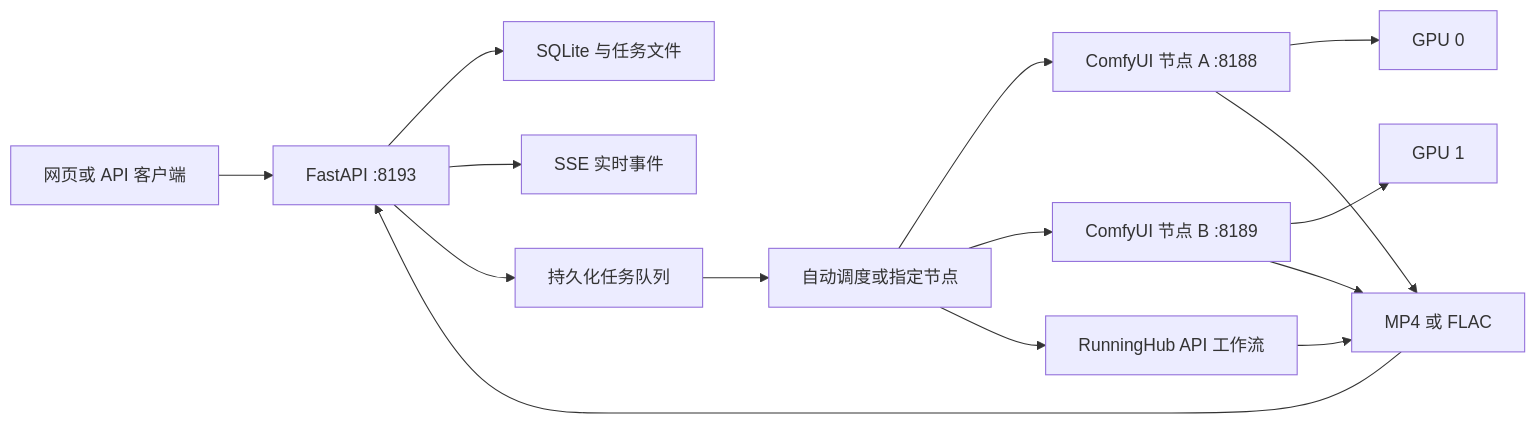
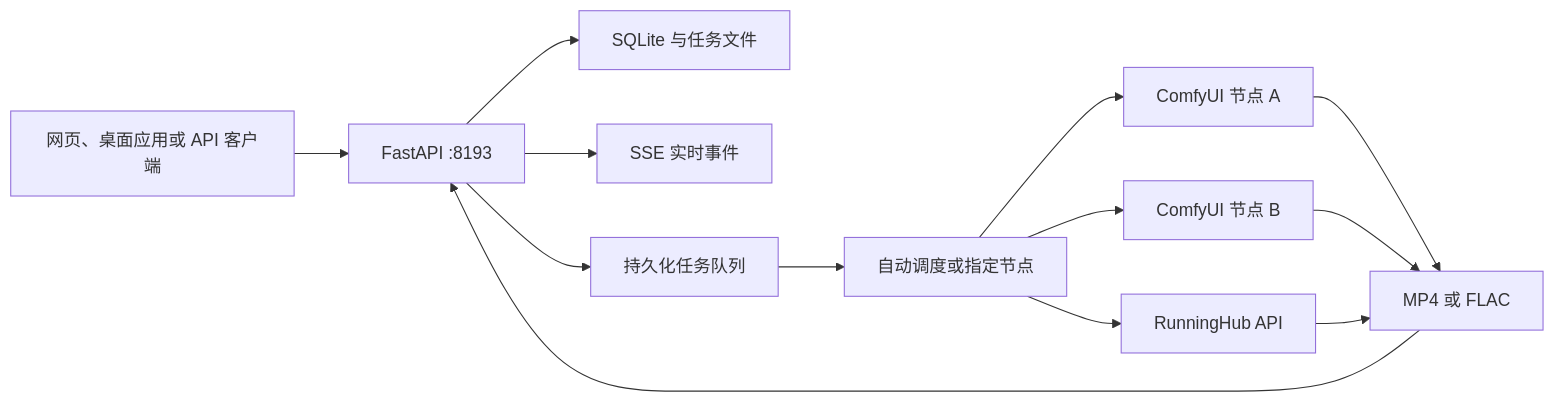
Before and after one commit to SekiyoKana/minimax-studio-webui: the diagram in README.md, drawn with Mermaid. The commit also changed other lines of this file and 14 other files, not shown here.

````diff
--- a/README.md
+++ b/README.md
@@ -181,17 +96,15 @@
 ```mermaid
 flowchart LR
-    U["网页或 API 客户端"] --> A["FastAPI :8193"]
+    U["网页、桌面应用或 API 客户端"] --> A["FastAPI :8193"]
     A --> D["SQLite 与任务文件"]
     A --> S["SSE 实时事件"]
     A --> Q["持久化任务队列"]
     Q --> L["自动调度或指定节点"]
-    L --> C1["ComfyUI 节点 A :8188"]
-    L --> C2["ComfyUI 节点 B :8189"]
-    L --> R["RunningHub API 工作流"]
-    C1 --> G1["GPU 0"]
-    C2 --> G2["GPU 1"]
+    L --> C1["ComfyUI 节点 A"]
+    L --> C2["ComfyUI 节点 B"]
+    L --> R["RunningHub API"]
     C1 --> O["MP4 或 FLAC"]
     C2 --> O
     R --> O
     O --> A
 ```
````
